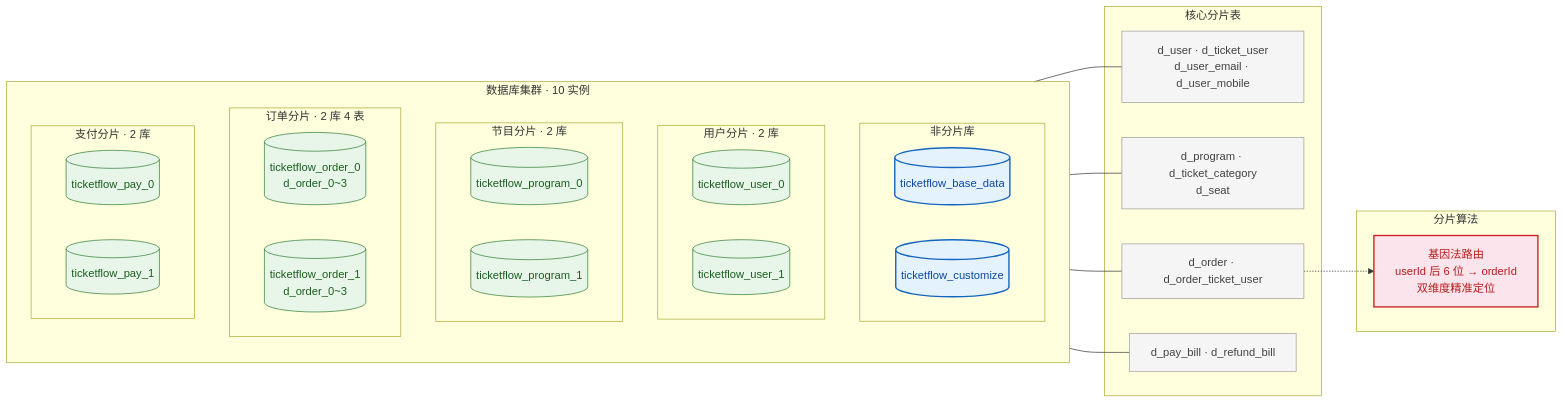
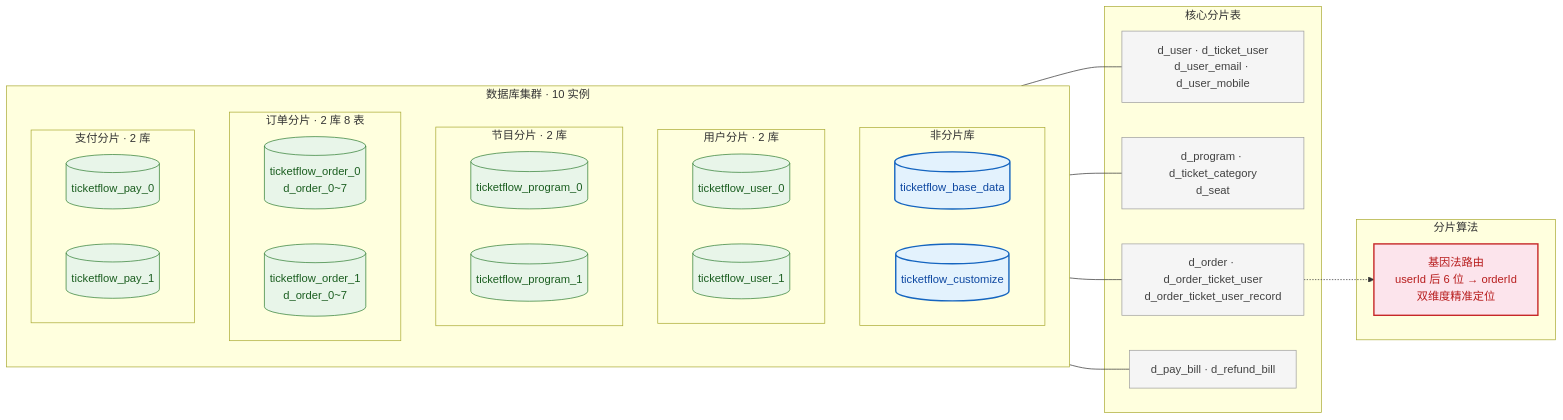
One commit to zhentaozhang/ticketflow changed the third of 3 diagrams in README.md. Above: the diagram before and after it, drawn with Mermaid. The commit also changed other lines of this file, not shown here.

Commit message:
docs: sync README sharding facts with current 2db8t config

````diff
--- a/README.md
+++ b/README.md
@@ -274,59 +274,59 @@
 ```mermaid
 flowchart LR
     %% ===================== 样式定义 =====================
     classDef noshard fill:#e3f2fd,stroke:#1565c0,stroke-width:2px,color:#0d47a1
     classDef shard fill:#e8f5e9,stroke:#2e7d32,stroke-width:1px,color:#1b5e20
     classDef table fill:#f5f5f5,stroke:#9e9e9e,stroke-width:1px,color:#424242
     classDef gene fill:#fce4ec,stroke:#c62828,stroke-width:2px,color:#b71c1c
 
     subgraph Cluster[数据库集群 · 10 实例]
         direction TB
         
         subgraph NoShard[非分片库]
             BD[(ticketflow_base_data)]:::noshard
             CZ[(ticketflow_customize)]:::noshard
         end
 
         subgraph UserShard[用户分片 · 2 库]
             direction LR
             U0[(ticketflow_user_0)]:::shard
             U1[(ticketflow_user_1)]:::shard
         end
 
         subgraph ProgramShard[节目分片 · 2 库]
             direction LR
             P0[(ticketflow_program_0)]:::shard
             P1[(ticketflow_program_1)]:::shard
         end
 
-        subgraph OrderShard[订单分片 · 2 库 4 表]
+        subgraph OrderShard[订单分片 · 2 库 8 表]
             direction LR
-            O0[(ticketflow_order_0<br/>d_order_0~3)]:::shard
-            O1[(ticketflow_order_1<br/>d_order_0~3)]:::shard
+            O0[(ticketflow_order_0<br/>d_order_0~7)]:::shard
+            O1[(ticketflow_order_1<br/>d_order_0~7)]:::shard
         end
 
         subgraph PayShard[支付分片 · 2 库]
             direction LR
             A0[(ticketflow_pay_0)]:::shard
             A1[(ticketflow_pay_1)]:::shard
         end
     end
 
     subgraph Tables[核心分片表]
         TU[d_user · d_ticket_user<br/>d_user_email · d_user_mobile]:::table
         TP[d_program · d_ticket_category<br/>d_seat]:::table
-        TO[d_order · d_order_ticket_user]:::table
+        TO[d_order · d_order_ticket_user<br/>d_order_ticket_user_record]:::table
         TA[d_pay_bill · d_refund_bill]:::table
     end
 
     UserShard --- TU
     ProgramShard --- TP
     OrderShard --- TO
     PayShard --- TA
 
     subgraph Algorithm[分片算法]
         GENE[基因法路由<br/>userId 后 6 位 → orderId<br/>双维度精准定位]:::gene
     end
 
     TO -.-> GENE
 ```
````
